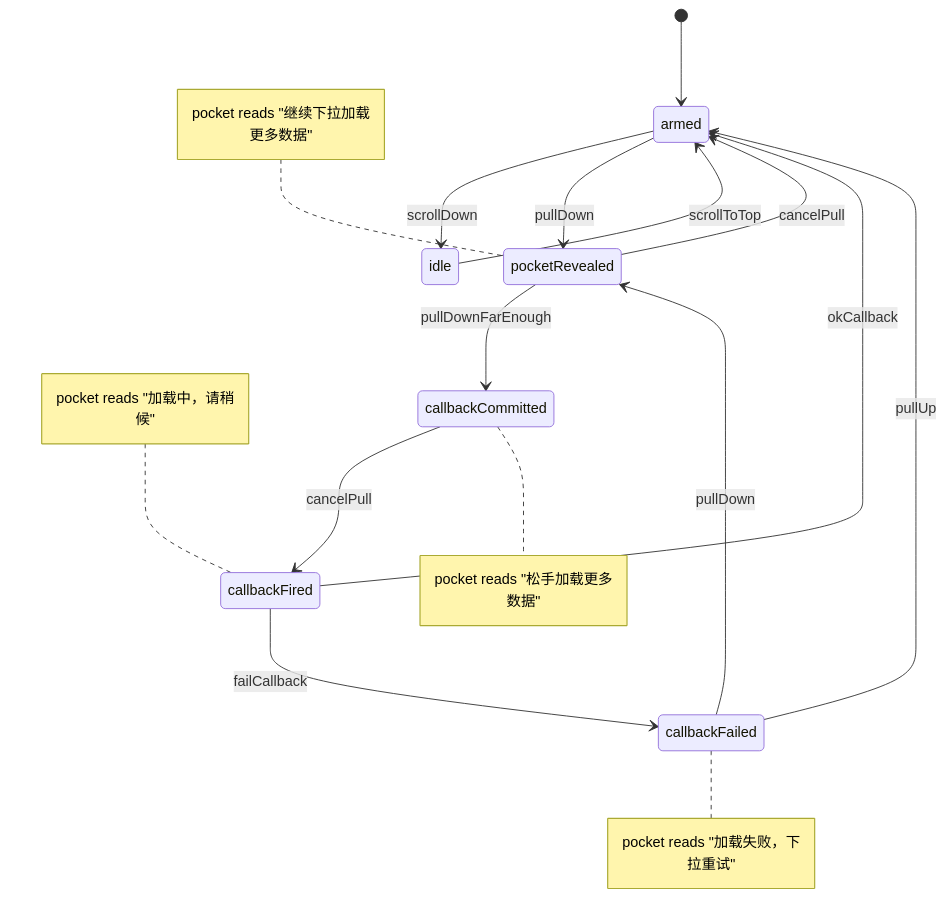
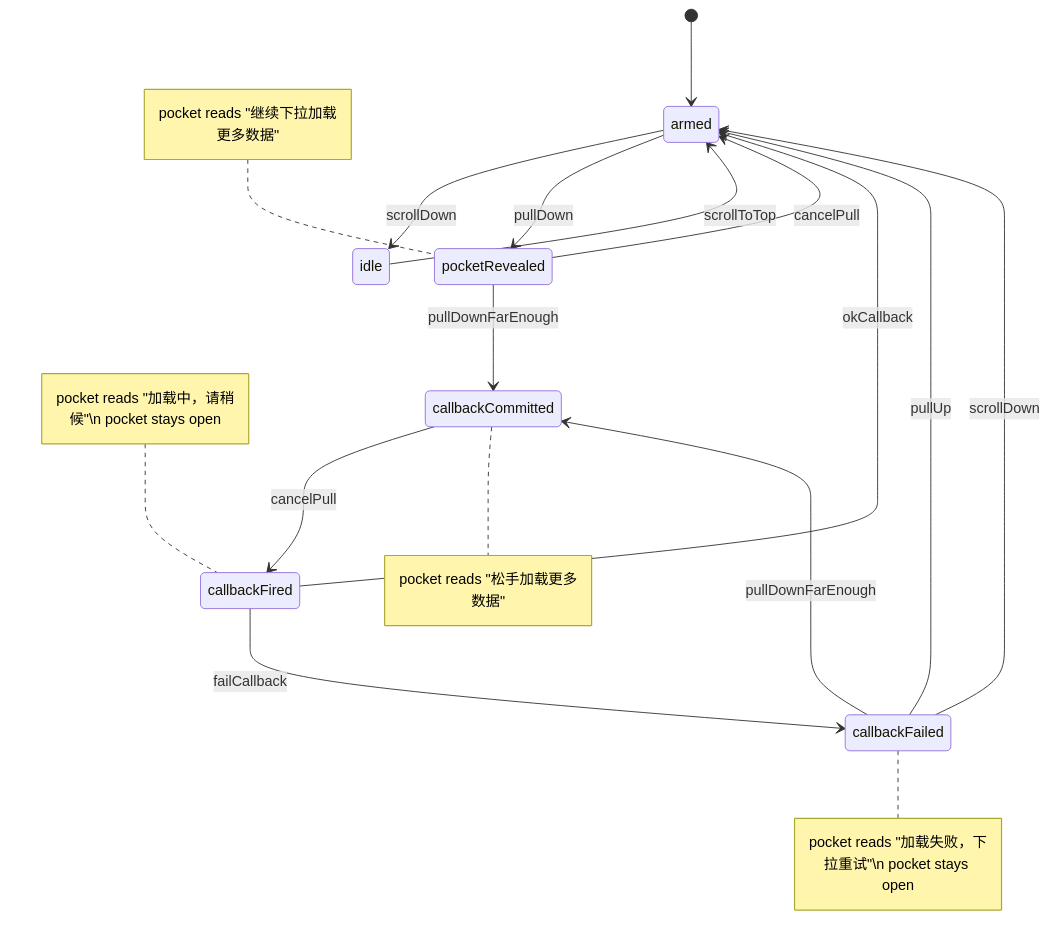
One commit to li6in9muyou/frontend-scratches changed the diagram in README.md. Above: the diagram before and after it, drawn with Mermaid.

Commit message:
refine callback retry process

````diff
--- a/README.md
+++ b/README.md
@@ -7,18 +7,19 @@
 ```mermaid
 stateDiagram-v2
     [*] --> armed
     armed --> idle: scrollDown
     idle --> armed: scrollToTop
     armed --> pocketRevealed: pullDown
     pocketRevealed --> armed: cancelPull
     pocketRevealed --> callbackCommitted: pullDownFarEnough
     callbackCommitted --> callbackFired: cancelPull
     callbackFired --> armed: okCallback
+    callbackFailed --> armed: pullUp
+    callbackFailed --> armed: scrollDown
     callbackFired --> callbackFailed: failCallback
-    callbackFailed --> pocketRevealed: pullDown
-    callbackFailed --> armed: pullUp
+    callbackFailed --> callbackCommitted: pullDownFarEnough
     note left of pocketRevealed: pocket reads "继续下拉加载更多数据"
     note right of callbackCommitted: pocket reads "松手加载更多数据"
-    note right of callbackFailed: pocket reads "加载失败，下拉重试"
-    note left of callbackFired: pocket reads "加载中，请稍候"
+    note right of callbackFailed: pocket reads "加载失败，下拉重试"\n pocket stays open
+    note left of callbackFired: pocket reads "加载中，请稍候"\n pocket stays open
 ```
````
